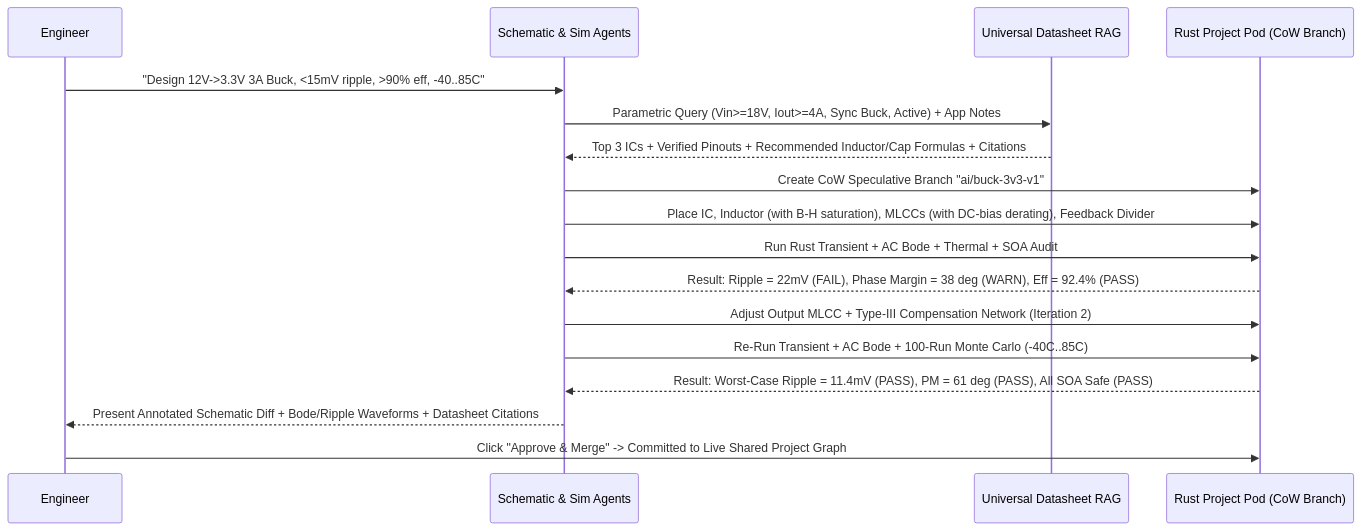
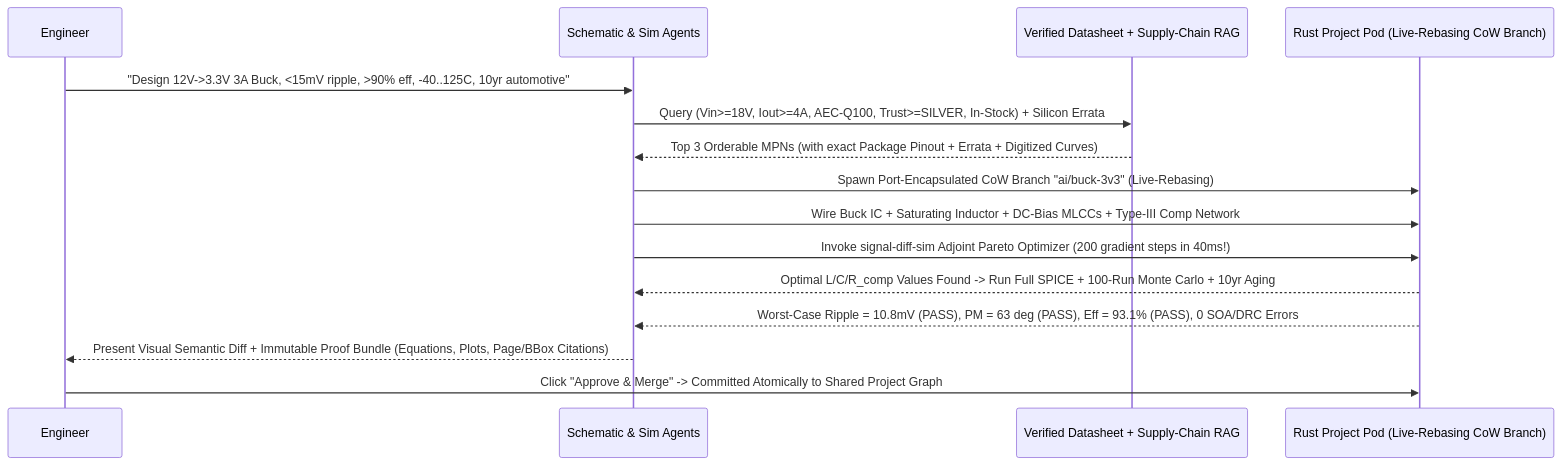
One commit to the-code-master/signal changed the second of 2 diagrams in architecture/05-ai-agent-and-datasheet-rag.md. Above: the diagram before and after it, drawn with Mermaid. The commit also changed other lines of this file and 22 other files, not shown here.

Commit message:
docs: resolve 112 architectural flaws, add 12 futuristic AI-EDA innovations, and complete 2-pass scrub

````diff
--- a/architecture/05-ai-agent-and-datasheet-rag.md
+++ b/architecture/05-ai-agent-and-datasheet-rag.md
@@ -79,20 +82,18 @@
 ```mermaid
 sequenceDiagram
     participant Eng as Engineer
     participant Agent as Schematic & Sim Agents
-    participant RAG as Universal Datasheet RAG
-    participant Pod as Rust Project Pod (CoW Branch)
+    participant RAG as Verified Datasheet + Supply-Chain RAG
+    participant Pod as Rust Project Pod (Live-Rebasing CoW Branch)
 
-    Eng->>Agent: "Design 12V->3.3V 3A Buck, <15mV ripple, >90% eff, -40..85C"
-    Agent->>RAG: Parametric Query (Vin>=18V, Iout>=4A, Sync Buck, Active) + App Notes
-    RAG-->>Agent: Top 3 ICs + Verified Pinouts + Recommended Inductor/Cap Formulas + Citations
-    Agent->>Pod: Create CoW Speculative Branch "ai/buck-3v3-v1"
-    Agent->>Pod: Place IC, Inductor (with B-H saturation), MLCCs (with DC-bias derating), Feedback Divider
-    Agent->>Pod: Run Rust Transient + AC Bode + Thermal + SOA Audit
-    Pod-->>Agent: Result: Ripple = 22mV (FAIL), Phase Margin = 38 deg (WARN), Eff = 92.4% (PASS)
-    Agent->>Pod: Adjust Output MLCC + Type-III Compensation Network (Iteration 2)
-    Agent->>Pod: Re-Run Transient + AC Bode + 100-Run Monte Carlo (-40C..85C)
-    Pod-->>Agent: Result: Worst-Case Ripple = 11.4mV (PASS), PM = 61 deg (PASS), All SOA Safe (PASS)
-    Agent-->>Eng: Present Annotated Schematic Diff + Bode/Ripple Waveforms + Datasheet Citations
-    Eng->>Pod: Click "Approve & Merge" -> Committed to Live Shared Project Graph
+    Eng->>Agent: "Design 12V->3.3V 3A Buck, <15mV ripple, >90% eff, -40..125C, 10yr automotive"
+    Agent->>RAG: Query (Vin>=18V, Iout>=4A, AEC-Q100, Trust>=SILVER, In-Stock) + Silicon Errata
+    RAG-->>Agent: Top 3 Orderable MPNs (with exact Package Pinout + Errata + Digitized Curves)
+    Agent->>Pod: Spawn Port-Encapsulated CoW Branch "ai/buck-3v3" (Live-Rebasing)
+    Agent->>Pod: Wire Buck IC + Saturating Inductor + DC-Bias MLCCs + Type-III Comp Network
+    Agent->>Pod: Invoke signal-diff-sim Adjoint Pareto Optimizer (200 gradient steps in 40ms!)
+    Pod-->>Agent: Optimal L/C/R_comp Values Found -> Run Full SPICE + 100-Run Monte Carlo + 10yr Aging
+    Pod-->>Agent: Worst-Case Ripple = 10.8mV (PASS), PM = 63 deg (PASS), Eff = 93.1% (PASS), 0 SOA/DRC Errors
+    Agent-->>Eng: Present Visual Semantic Diff + Immutable Proof Bundle (Equations, Plots, Page/BBox Citations)
+    Eng->>Pod: Click "Approve & Merge" -> Committed Atomically to Shared Project Graph
 ```
````
